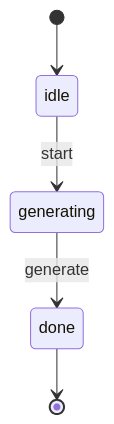
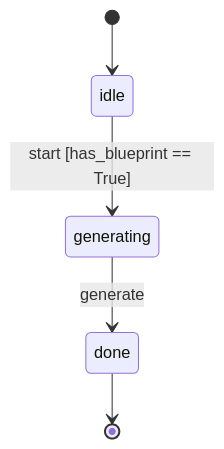
One commit to rhCat/lpp changed the diagram in utils/graph_visualizer/README.md. Above: the diagram before and after it, drawn with Mermaid. The commit also changed 136 other files, not shown here.

Commit message:
feat: more detail graph

````diff
--- a/utils/graph_visualizer/README.md
+++ b/utils/graph_visualizer/README.md
@@ -39,12 +39,8 @@
 ```mermaid
 stateDiagram-v2
+    %% L++ State Diagram: Graph Visualizer
     [*] --> idle
-
-    idle: idle
-    generating: generating
-    done: done
-
-    idle --> generating: start
-    generating --> done: generate
+    idle --> generating : start [has_blueprint == True]
+    generating --> done : generate
     done --> [*]
 ```
````
